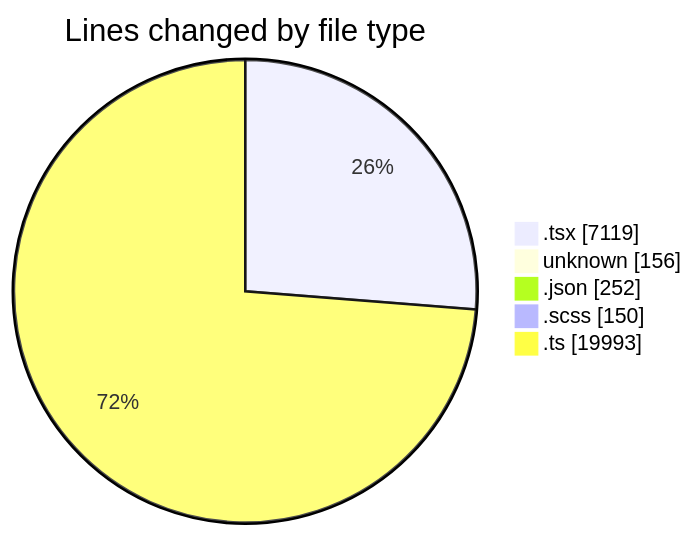
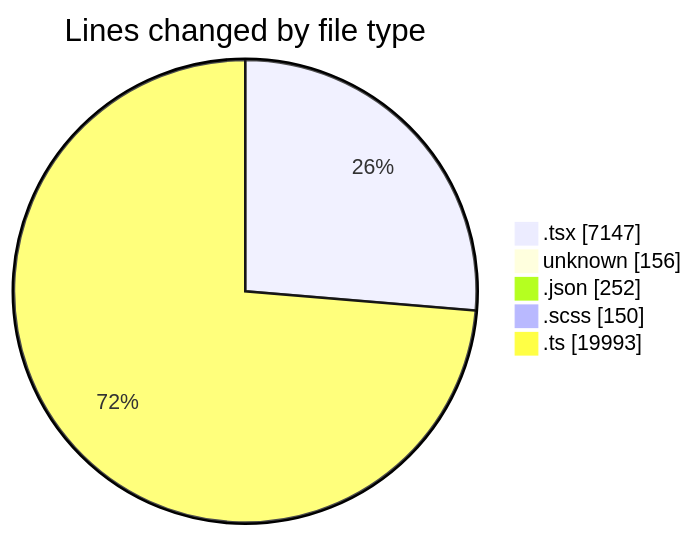
One commit to momahboobian/code-tracking changed the first of 2 diagrams in 2026-09-28/cda/README.md. Above: the diagram before and after it, drawn with Mermaid. The commit also changed other lines of this file and 1 other file, not shown here.

````diff
--- a/2026-09-28/cda/README.md
+++ b/2026-09-28/cda/README.md
@@ -53,9 +53,9 @@
 ```mermaid
 pie showData
 title Lines changed by file type
-".tsx" : 7119
+".tsx" : 7147
 "unknown" : 156
 ".json" : 252
 ".scss" : 150
 ".ts" : 19993
 ```
````
